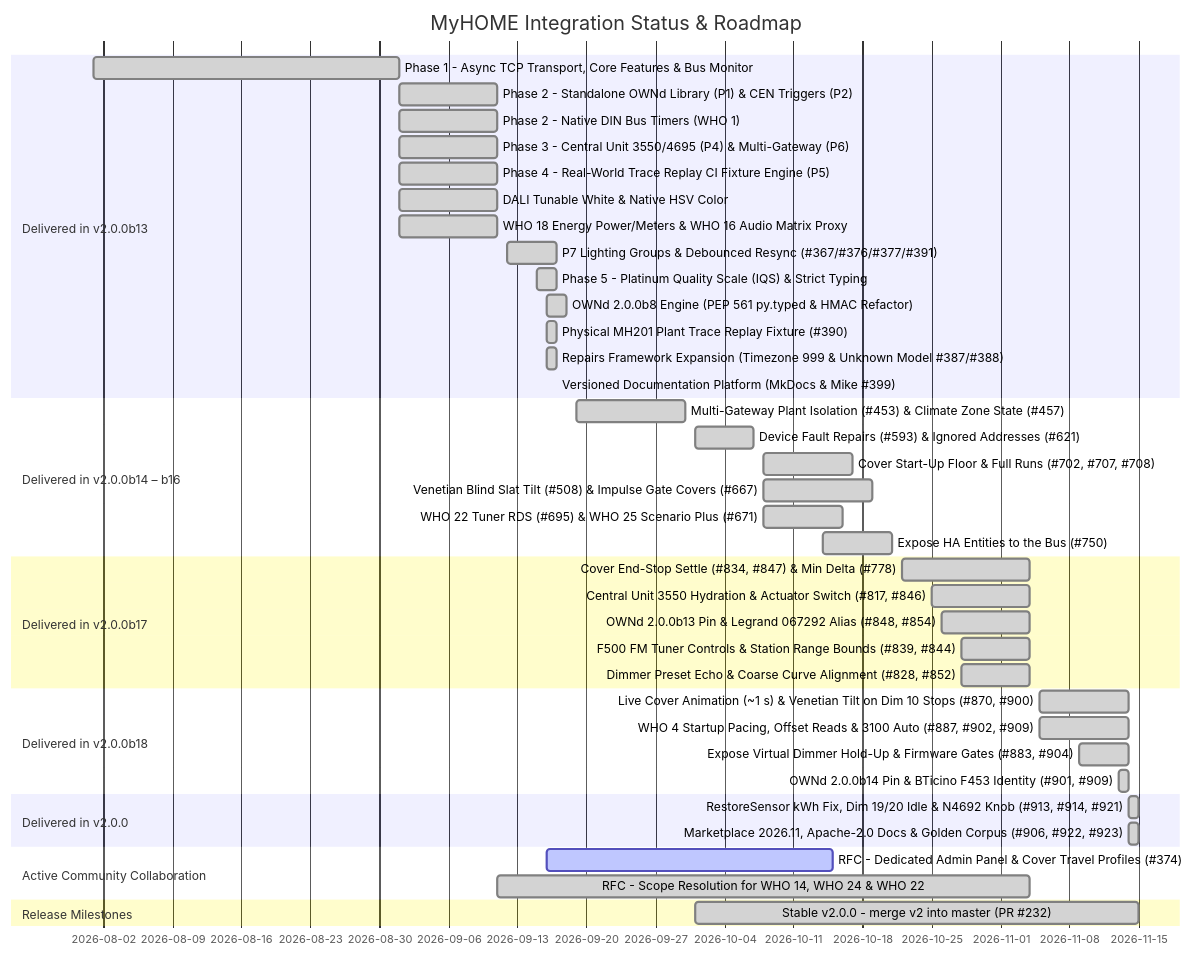
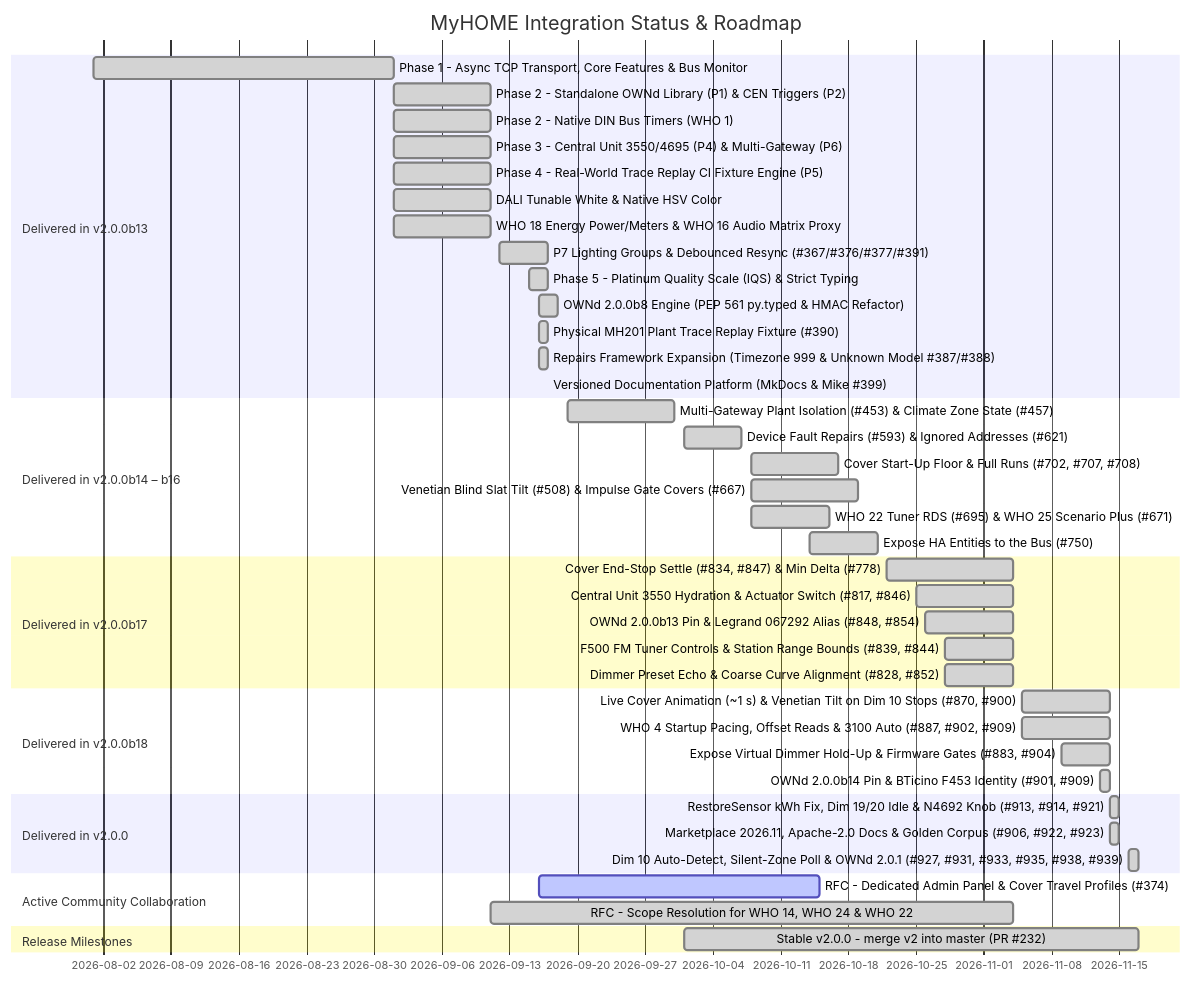
One commit to OpenWebNet-HA/MyHOME changed the first of 3 diagrams in ROADMAP.md. Above: the diagram before and after it, drawn with Mermaid. The commit also changed other lines of this file and 6 other files, not shown here.

````diff
--- a/ROADMAP.md
+++ b/ROADMAP.md
@@ -13,45 +13,46 @@
 ```mermaid
 gantt
     title MyHOME Integration Status & Roadmap
     dateFormat  YYYY-MM-DD
     section Delivered in v2.0.0b13
     Phase 1 - Async TCP Transport, Core Features & Bus Monitor      :done, 2026-08-01, 2026-09-01
     Phase 2 - Standalone OWNd Library (P1) & CEN Triggers (P2)      :done, 2026-09-01, 2026-09-11
     Phase 2 - Native DIN Bus Timers (WHO 1)                         :done, 2026-09-01, 2026-09-11
     Phase 3 - Central Unit 3550/4695 (P4) & Multi-Gateway (P6)      :done, 2026-09-01, 2026-09-11
     Phase 4 - Real-World Trace Replay CI Fixture Engine (P5)        :done, 2026-09-01, 2026-09-11
     DALI Tunable White & Native HSV Color                           :done, 2026-09-01, 2026-09-11
     WHO 18 Energy Power/Meters & WHO 16 Audio Matrix Proxy          :done, 2026-09-01, 2026-09-11
     P7 Lighting Groups & Debounced Resync (#367/#376/#377/#391)     :done, 2026-09-12, 2026-09-17
     Phase 5 - Platinum Quality Scale (IQS) & Strict Typing          :done, 2026-09-15, 2026-09-17
     OWNd 2.0.0b8 Engine (PEP 561 py.typed & HMAC Refactor)          :done, 2026-09-16, 2026-09-18
     Physical MH201 Plant Trace Replay Fixture (#390)                :done, 2026-09-16, 2026-09-17
     Repairs Framework Expansion (Timezone 999 & Unknown Model #387/#388) :done, 2026-09-16, 2026-09-17
     Versioned Documentation Platform (MkDocs & Mike #399)           :done, 2026-09-17, 2026-09-17
     section Delivered in v2.0.0b14 – b16
     Multi-Gateway Plant Isolation (#453) & Climate Zone State (#457) :done, 2026-09-19, 2026-09-30
     Device Fault Repairs (#593) & Ignored Addresses (#621)          :done, 2026-10-01, 2026-10-07
     Cover Start-Up Floor & Full Runs (#702, #707, #708)             :done, 2026-10-08, 2026-10-17
     Venetian Blind Slat Tilt (#508) & Impulse Gate Covers (#667)    :done, 2026-10-08, 2026-10-19
     WHO 22 Tuner RDS (#695) & WHO 25 Scenario Plus (#671)           :done, 2026-10-08, 2026-10-16
     Expose HA Entities to the Bus (#750)                            :done, 2026-10-14, 2026-10-21
     section Delivered in v2.0.0b17
     Cover End-Stop Settle (#834, #847) & Min Delta (#778)           :done, 2026-10-22, 2026-11-04
     Central Unit 3550 Hydration & Actuator Switch (#817, #846)       :done, 2026-10-25, 2026-11-04
     OWNd 2.0.0b13 Pin & Legrand 067292 Alias (#848, #854)           :done, 2026-10-26, 2026-11-04
     F500 FM Tuner Controls & Station Range Bounds (#839, #844)       :done, 2026-10-28, 2026-11-04
     Dimmer Preset Echo & Coarse Curve Alignment (#828, #852)         :done, 2026-10-28, 2026-11-04
     section Delivered in v2.0.0b18
     Live Cover Animation (~1 s) & Venetian Tilt on Dim 10 Stops (#870, #900) :done, 2026-11-05, 2026-11-14
     WHO 4 Startup Pacing, Offset Reads & 3100 Auto (#887, #902, #909) :done, 2026-11-05, 2026-11-14
     Expose Virtual Dimmer Hold-Up & Firmware Gates (#883, #904)      :done, 2026-11-09, 2026-11-14
     OWNd 2.0.0b14 Pin & BTicino F453 Identity (#901, #909)           :done, 2026-11-13, 2026-11-14
     section Delivered in v2.0.0
     RestoreSensor kWh Fix, Dim 19/20 Idle & N4692 Knob (#913, #914, #921) :done, 2026-11-14, 2026-11-15
     Marketplace 2026.11, Apache-2.0 Docs & Golden Corpus (#906, #922, #923) :done, 2026-11-14, 2026-11-15
+    Dim 10 Auto-Detect, Silent-Zone Poll & OWNd 2.0.1 (#927, #931, #933, #935, #938, #939) :done, 2026-11-16, 2026-11-17
     section Active Community Collaboration
     RFC - Dedicated Admin Panel & Cover Travel Profiles (#374)      :active, 2026-09-16, 2026-10-15
     RFC - Scope Resolution for WHO 14, WHO 24 & WHO 22              :done, 2026-09-11, 2026-11-04
     section Release Milestones
-    Stable v2.0.0 - merge v2 into master (PR #232)                  :done, 2026-10-01, 2026-11-15
+    Stable v2.0.0 - merge v2 into master (PR #232)                  :done, 2026-10-01, 2026-11-17
 ```
````
